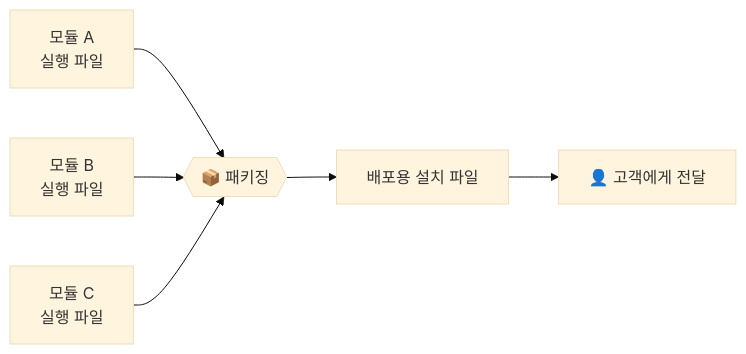
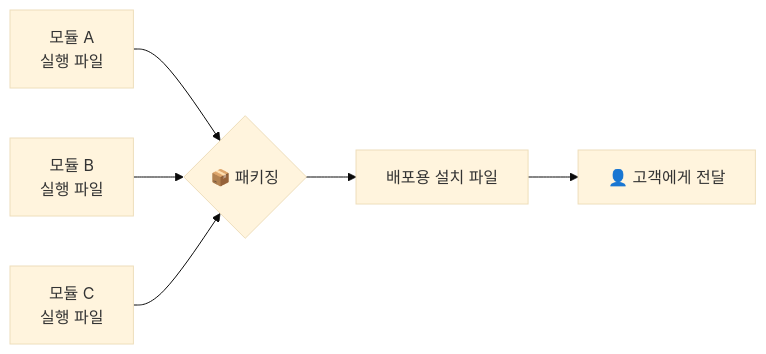
Before and after one commit to sungjin-dev/sungjin-dev.github.io: the first of 14 diagrams in _posts/정처기/2026-07-19-eip-application-packaging-study-7.md, drawn with Mermaid (base theme).

````diff
--- a/_posts/정처기/2026-07-19-eip-application-packaging-study-7.md
+++ b/_posts/정처기/2026-07-19-eip-application-packaging-study-7.md
@@ -26,7 +26,7 @@
 ```mermaid
 flowchart LR
-    A[모듈 A<br/>실행 파일] --> P{{📦 패키징}}
+    A[모듈 A<br/>실행 파일] --> P{📦 패키징}
     B[모듈 B<br/>실행 파일] --> P
     C[모듈 C<br/>실행 파일] --> P
     P --> I[배포용 설치 파일] --> U[👤 고객에게 전달]
 ```
````
